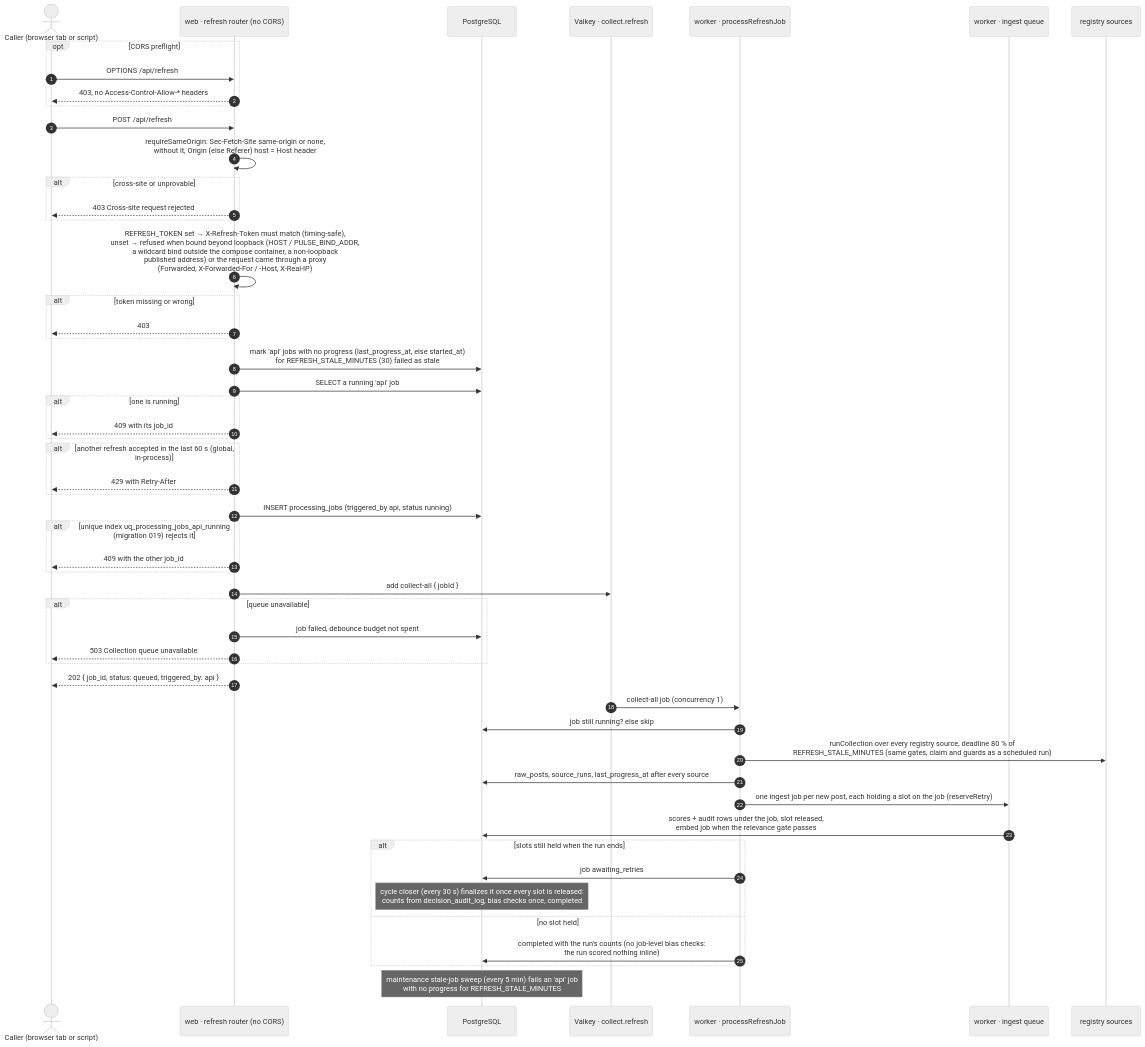
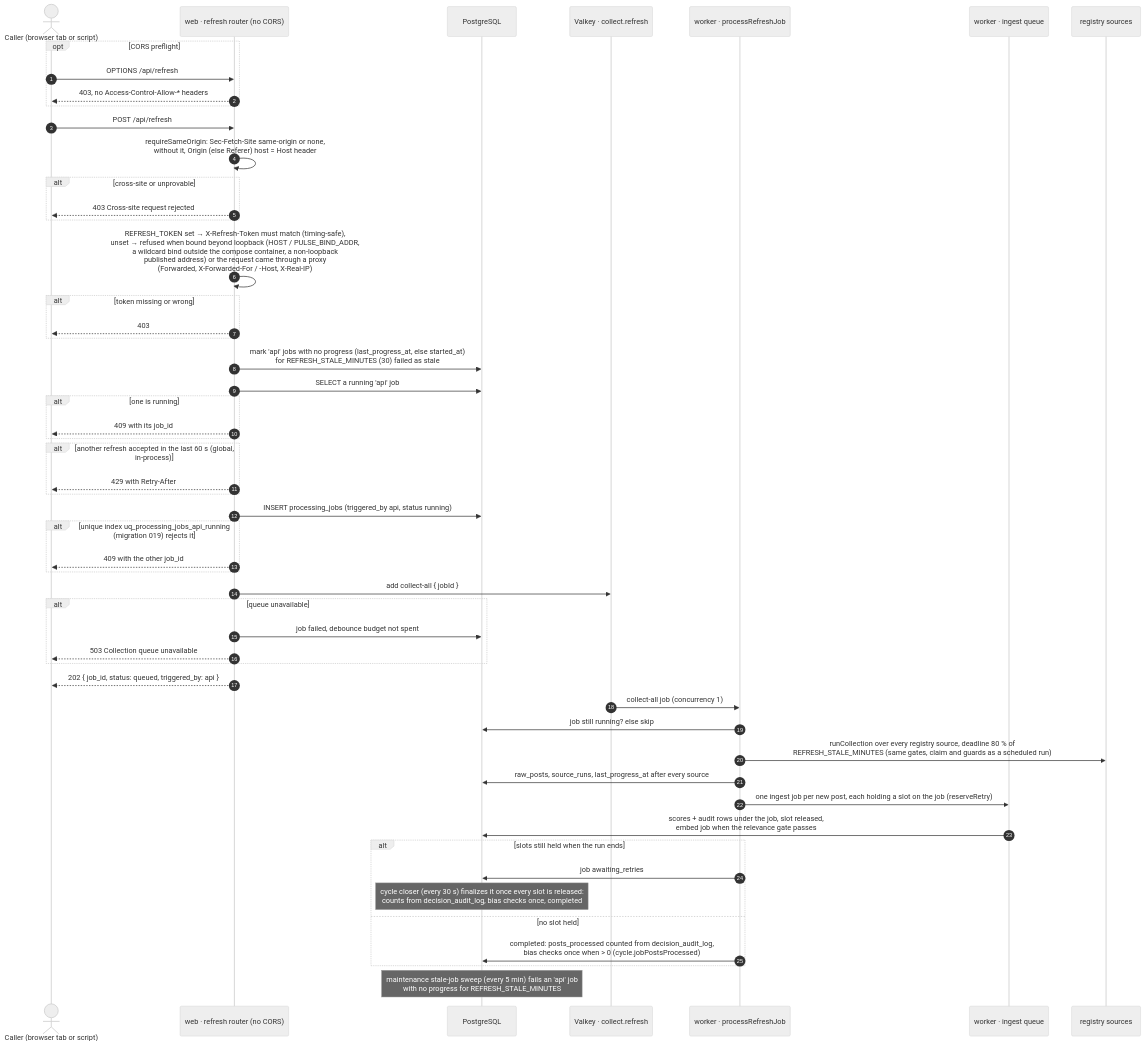
One commit to jennifer-mckinney/pulse-of-ai changed the diagram in docs/diagrams/sequences/refresh.mmd. Above: the diagram before and after it, drawn with Mermaid (neutral theme). The commit also changed 35 other files, not shown here.

First line of the commit message:
Bring 12 diagrams in line with master through PR #34 (docs audit round 3)

```diff
--- a/docs/diagrams/sequences/refresh.mmd
+++ b/docs/diagrams/sequences/refresh.mmd
@@ -1,58 +1,58 @@
 %% Title: Sequence · POST /api/refresh
 %% Summary: How an on-demand collection is requested: the same-origin guard, the shared-secret check, the in-flight and debounce guards, the 202 hand-off to the worker, and the worker completing the job row.
-%% Sources: src/routes/refresh.js (refreshTokenCheck, boundBeyondLoopback, viaProxy), src/middleware/same-origin.js, src/server.js (mount order, no CORS, listenHost), src/queues/index.js (collect.refresh, ingest), src/workers/collect.worker.js (processRefreshJob, refreshDeadlineMs), src/collectors/runner.js (scoreVia queue), src/workers/ingest.worker.js, src/collectors/cycle.js (reserveRetry, releaseRetry, closeCycles), src/collectors/stale-jobs.js, src/db/migrations/019_refresh_inflight.sql, 040_job_progress.sql. Updated 2026-09-29. Spec: TECHNICAL_SPEC.md section 7 (POST /api/refresh) and section 8 (rate limiting). The page itself never calls this endpoint.
+%% Sources: src/routes/refresh.js (refreshTokenCheck, boundBeyondLoopback, viaProxy), src/middleware/same-origin.js, src/server.js (mount order, no CORS, listenHost), src/queues/index.js (collect.refresh, ingest), src/workers/collect.worker.js (processRefreshJob, refreshDeadlineMs), src/collectors/runner.js (scoreVia queue), src/workers/ingest.worker.js, src/collectors/cycle.js (reserveRetry, releaseRetry, closeCycles, jobPostsProcessed), src/pipeline/bias.js (runBiasChecks), src/collectors/stale-jobs.js, src/db/migrations/019_refresh_inflight.sql, 040_job_progress.sql. Updated 2026-09-30. Spec: TECHNICAL_SPEC.md section 7 (POST /api/refresh) and section 8 (rate limiting). The page itself never calls this endpoint.
 sequenceDiagram
   autonumber
   actor Caller as Caller (browser tab or script)
   participant Web as web · refresh router (no CORS)
   participant DB as PostgreSQL
   participant Q as Valkey · collect.refresh
   participant W as worker · processRefreshJob
   participant I as worker · ingest queue
   participant Src as registry sources
 
   opt CORS preflight
     Caller->>Web: OPTIONS /api/refresh
     Web-->>Caller: 403, no Access-Control-Allow-* headers
   end
   Caller->>Web: POST /api/refresh
   Web->>Web: requireSameOrigin: Sec-Fetch-Site same-origin or none,<br/>without it, Origin (else Referer) host = Host header
   alt cross-site or unprovable
     Web-->>Caller: 403 Cross-site request rejected
   end
   Web->>Web: REFRESH_TOKEN set → X-Refresh-Token must match (timing-safe),<br/>unset → refused when bound beyond loopback (HOST / PULSE_BIND_ADDR,<br/>a wildcard bind outside the compose container, a non-loopback<br/>published address) or the request came through a proxy<br/>(Forwarded, X-Forwarded-For / -Host, X-Real-IP)
   alt token missing or wrong
     Web-->>Caller: 403
   end
   Web->>DB: mark 'api' jobs with no progress (last_progress_at, else started_at)<br/>for REFRESH_STALE_MINUTES (30) failed as stale
   Web->>DB: SELECT a running 'api' job
   alt one is running
     Web-->>Caller: 409 with its job_id
   end
   alt another refresh accepted in the last 60 s (global, in-process)
     Web-->>Caller: 429 with Retry-After
   end
   Web->>DB: INSERT processing_jobs (triggered_by api, status running)
   alt unique index uq_processing_jobs_api_running (migration 019) rejects it
     Web-->>Caller: 409 with the other job_id
   end
   Web->>Q: add collect-all { jobId }
   alt queue unavailable
     Web->>DB: job failed, debounce budget not spent
     Web-->>Caller: 503 Collection queue unavailable
   end
   Web-->>Caller: 202 { job_id, status: queued, triggered_by: api }
 
   Q->>W: collect-all job (concurrency 1)
   W->>DB: job still running? else skip
   W->>Src: runCollection over every registry source, deadline 80 % of<br/>REFRESH_STALE_MINUTES (same gates, claim and guards as a scheduled run)
   W->>DB: raw_posts, source_runs, last_progress_at after every source
   W->>I: one ingest job per new post, each holding a slot on the job (reserveRetry)
   I->>DB: scores + audit rows under the job, slot released,<br/>embed job when the relevance gate passes
   alt slots still held when the run ends
     W->>DB: job awaiting_retries
     Note over DB: cycle closer (every 30 s) finalizes it once every slot is released:<br/>counts from decision_audit_log, bias checks once, completed
   else no slot held
-    W->>DB: completed with the run's counts (no job-level bias checks:<br/>the run scored nothing inline)
+    W->>DB: completed: posts_processed counted from decision_audit_log,<br/>bias checks once when > 0 (cycle.jobPostsProcessed)
   end
   Note over DB: maintenance stale-job sweep (every 5 min) fails an 'api' job<br/>with no progress for REFRESH_STALE_MINUTES
```
